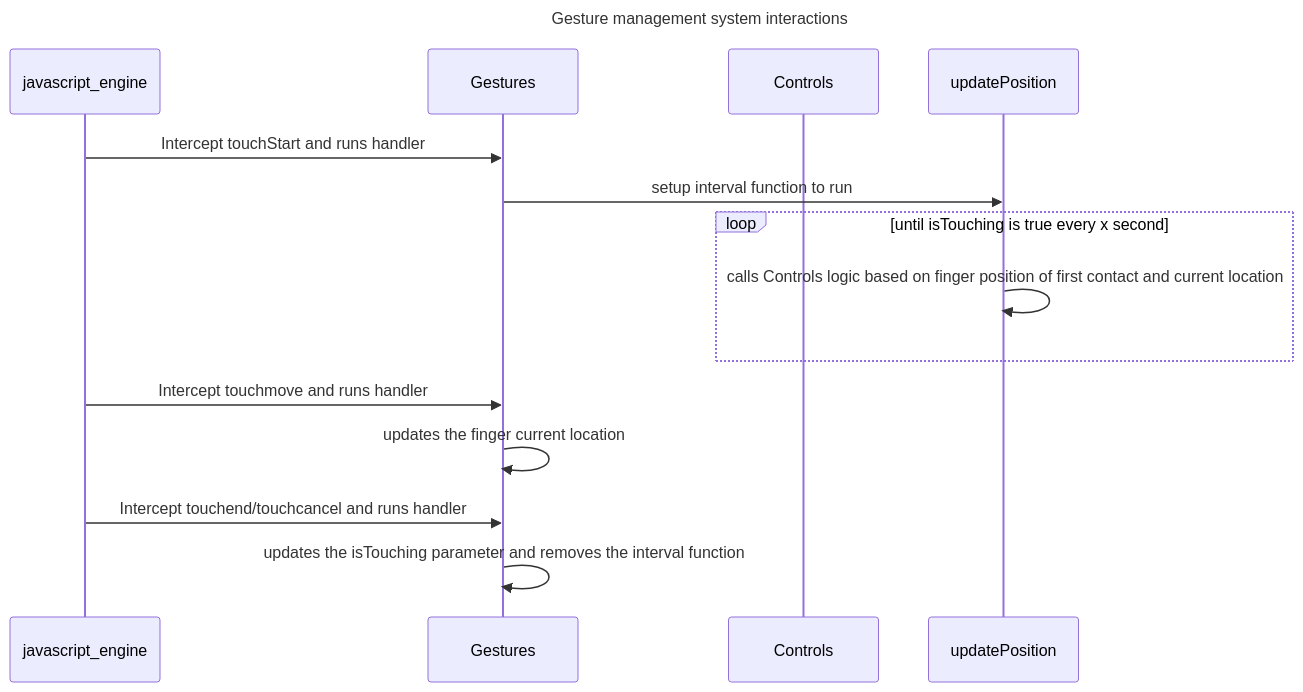
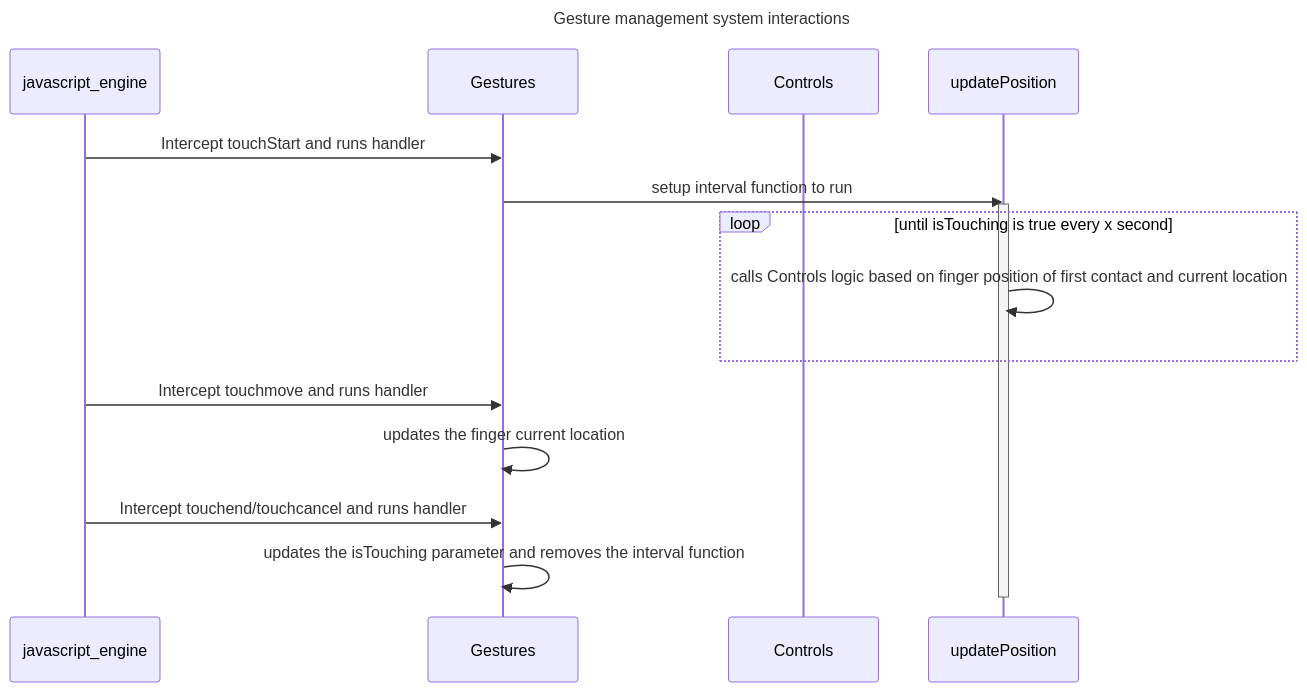
Before and after one commit to carnivuth/tatodrone: the second of 2 diagrams in report.md, drawn with Mermaid.

Commit message:
updated report

````diff
--- a/report.md
+++ b/report.md
@@ -183,21 +183,23 @@
 ```mermaid
 ---
 title: Gesture management system interactions
 ---
 sequenceDiagram
 participant javascript_engine
 participant Gestures
 participant Controls
 participant updatePosition
 javascript_engine->>Gestures: Intercept touchStart and runs handler
 Gestures->>updatePosition: setup interval function to run
+activate updatePosition
 loop until isTouching is true every x second
     updatePosition ->> updatePosition: calls Controls logic based on finger position of first contact and current location
 end
 
 javascript_engine->>Gestures: Intercept touchmove and runs handler
 Gestures ->> Gestures: updates the finger current location
 
 javascript_engine->>Gestures: Intercept touchend/touchcancel and runs handler
 Gestures ->> Gestures: updates the isTouching parameter and removes the interval function
+deactivate updatePosition
 ```
````
